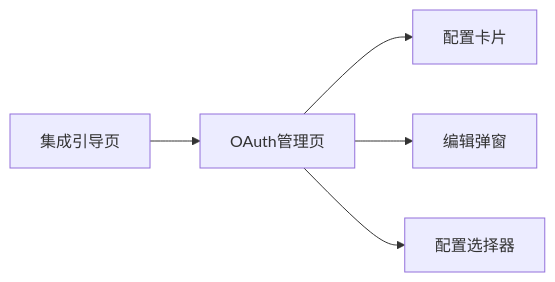
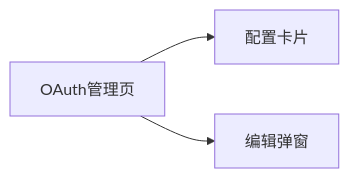
The fifth of 7 diagrams in .qoder/repowiki/zh/content/认证与授权/OAuth2集成.md (angledick/-), drawn with Mermaid before and after one commit. The commit also changed other lines of this file and 770 other files, not shown here.

````diff
--- a/.qoder/repowiki/zh/content/认证与授权/OAuth2集成.md
+++ b/.qoder/repowiki/zh/content/认证与授权/OAuth2集成.md
@@ -216,7 +246,5 @@
 ```mermaid
 graph LR
 FE_Manage["OAuth管理页"] --> FE_Card["配置卡片"]
 FE_Manage --> FE_Edit["编辑弹窗"]
-FE_Manage --> FE_Selector["配置选择器"]
-FE_Intro["集成引导页"] --> FE_Manage
 ```
````
